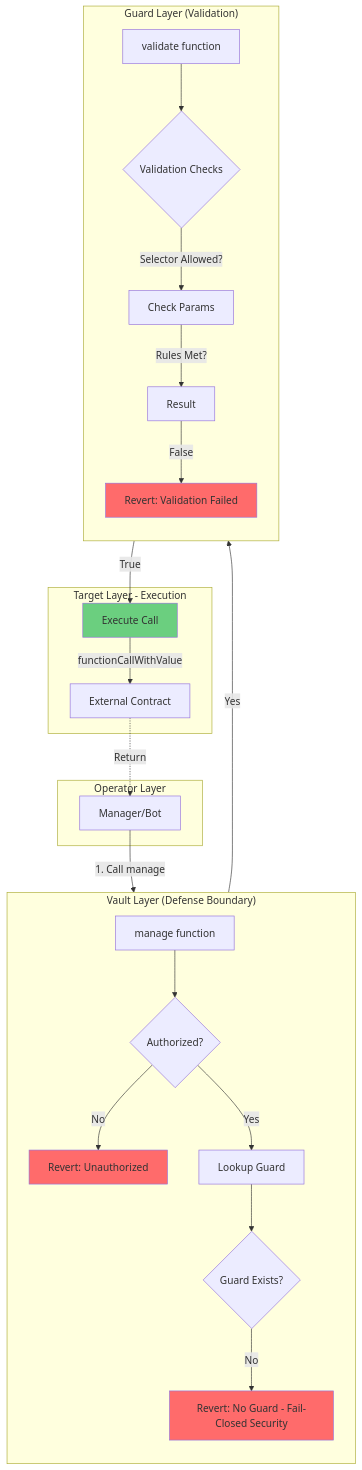
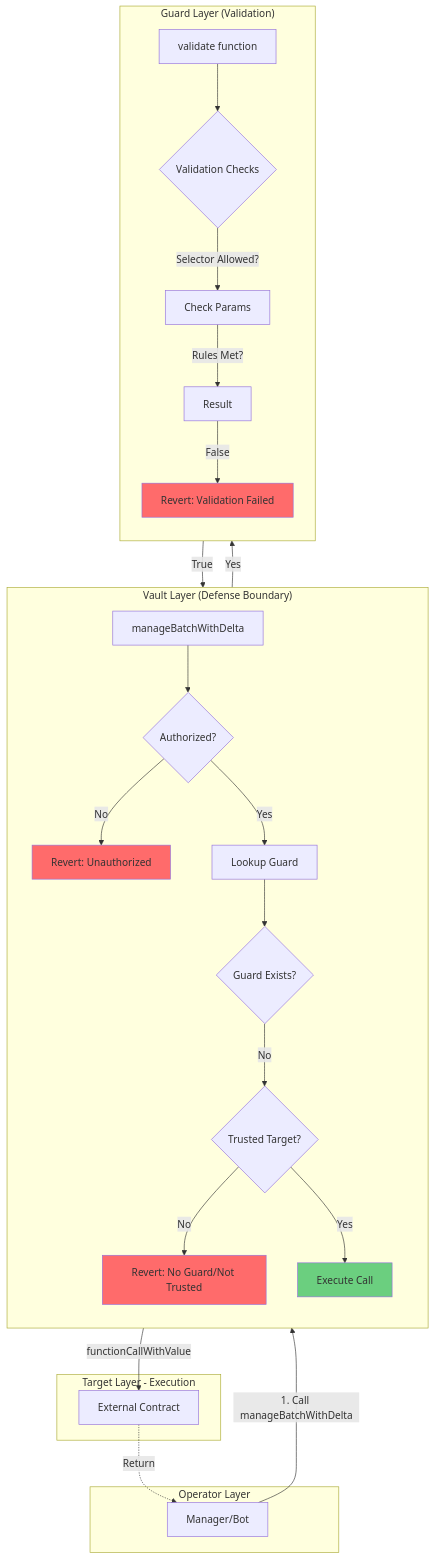
Before and after one commit to elitraOS/elitra-core: the second of 6 diagrams in specs/manage-security.md, drawn with Mermaid. The commit also changed other lines of this file and 28 other files, not shown here.

````diff
--- a/specs/manage-security.md
+++ b/specs/manage-security.md
@@ -86,47 +84,50 @@
 ```mermaid
 graph TD
     subgraph Operator["Operator Layer"]
         OP[Manager/Bot]
     end
 
     subgraph Vault["Vault Layer (Defense Boundary)"]
         direction TB
-        M[manage function]
+        M[manageBatchWithDelta]
         AUTH{Authorized?}
         LOOKUP[Lookup Guard]
         EXIST{Guard Exists?}
+        TRUST{Trusted Target?}
 
         M --> AUTH
         AUTH -->|No| REV_AUTH[Revert: Unauthorized]
         AUTH -->|Yes| LOOKUP
         LOOKUP --> EXIST
-        EXIST -->|No| REV_GUARD[Revert: No Guard - Fail-Closed Security]
+        EXIST -->|No| TRUST
+        TRUST -->|No| REV_GUARD[Revert: No Guard/Not Trusted]
+        TRUST -->|Yes| EXEC
     end
 
     subgraph Guard["Guard Layer (Validation)"]
         direction TB
         VAL[validate function]
         CHECKS{Validation Checks}
 
         VAL --> CHECKS
         CHECKS -->|Selector Allowed?| P1[Check Params]
         P1 -->|Rules Met?| P2[Result]
         P2 -->|False| REV_VAL[Revert: Validation Failed]
     end
 
     subgraph Target["Target Layer - Execution"]
         EXEC[Execute Call]
         EXT[External Contract]
     end
 
-    OP -->|1. Call manage| M
+    OP -->|1. Call manageBatchWithDelta| M
     EXIST -->|Yes| VAL
     P2 -->|True| EXEC
     EXEC -->|functionCallWithValue| EXT
     EXT -.->|Return| OP
 
     style REV_AUTH fill:#ff6b6b
     style REV_GUARD fill:#ff6b6b
     style REV_VAL fill:#ff6b6b
     style EXEC fill:#6bcf7f
 ```
````
